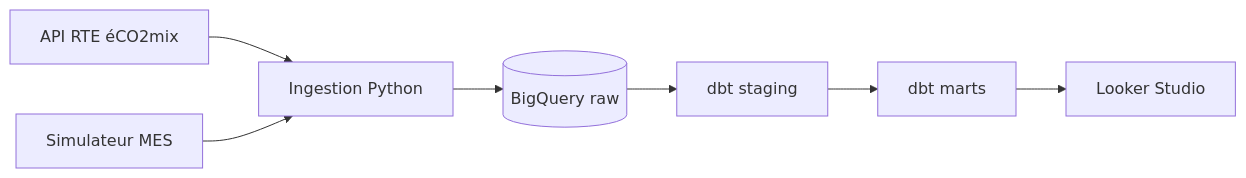
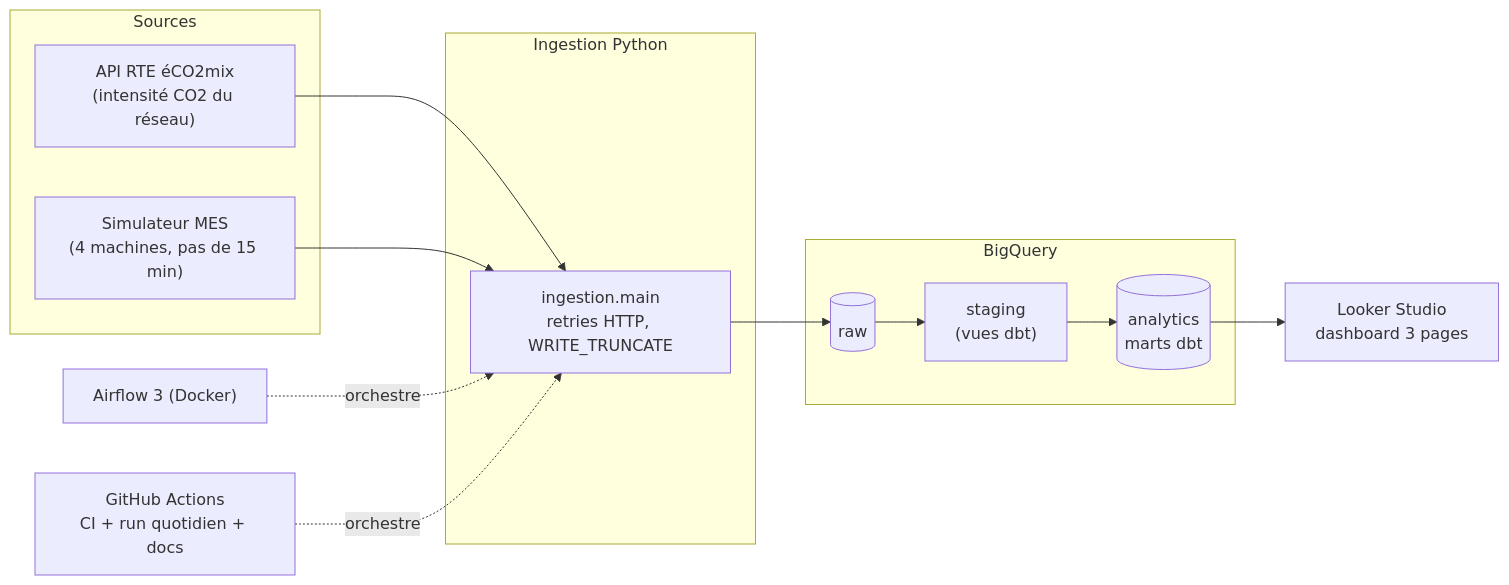
Before and after one commit to ELYES-ben/factory-oee-elt: the diagram in README.md, drawn with Mermaid. The commit also changed other lines of this file, not shown here.

Commit message:
README final : contexte métier, architecture, qualité, orchestration, dashboard

````diff
--- a/README.md
+++ b/README.md
@@ -16,9 +64,25 @@
 ```mermaid
 flowchart LR
-  RTE[API RTE éCO2mix] --> ING[Ingestion Python]
-  MES[Simulateur MES] --> ING
-  ING --> RAW[(BigQuery raw)]
-  RAW --> STG[dbt staging]
-  STG --> MARTS[dbt marts]
-  MARTS --> BI[Looker Studio]
+  subgraph Sources
+    RTE["API RTE éCO2mix<br/>(intensité CO2 du réseau)"]
+    MES["Simulateur MES<br/>(4 machines, pas de 15 min)"]
+  end
+
+  subgraph Ingestion["Ingestion Python"]
+    ING["ingestion.main<br/>retries HTTP, WRITE_TRUNCATE"]
+  end
+
+  subgraph BigQuery
+    RAW[("raw")]
+    STG["staging<br/>(vues dbt)"]
+    MARTS[("analytics<br/>marts dbt")]
+  end
+
+  RTE --> ING
+  MES --> ING
+  ING --> RAW --> STG --> MARTS
+  MARTS --> LOOKER["Looker Studio<br/>dashboard 3 pages"]
+
+  AF["Airflow 3 (Docker)"] -. orchestre .-> ING
+  GHA["GitHub Actions<br/>CI + run quotidien + docs"] -. orchestre .-> ING
 ```
````
